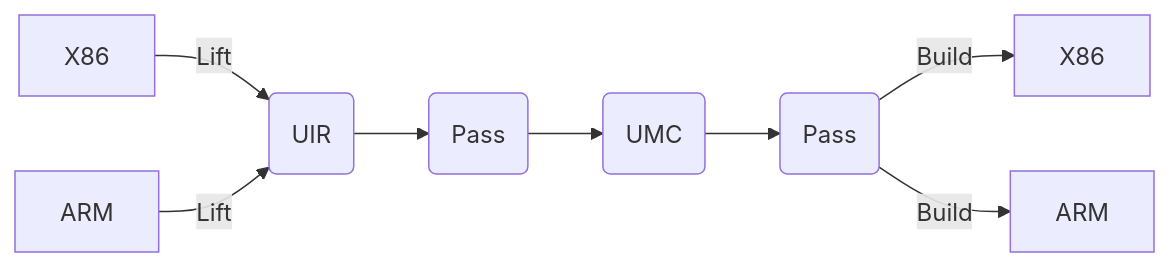
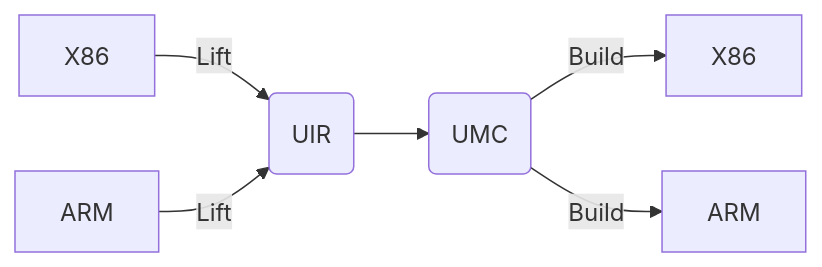
The diagram in README.md (NewWorldComingSoon/UnknownRebuilder), drawn with Mermaid before and after one commit.

````diff
--- a/README.md
+++ b/README.md
@@ -8,14 +8,12 @@
 ```mermaid
 graph LR
 
 A1[X86] -->|Lift| B(UIR)
 A2[ARM] -->|Lift| B(UIR)
 
-B -->C(Pass)
-C -->D(UMC)
-D -->E(Pass)
+B -->C(UMC)
 
-E -->|Build| F1[X86]
-E -->|Build| F2[ARM]
+C -->|Build| D1[X86]
+C -->|Build| D2[ARM]
 
 ```
````
